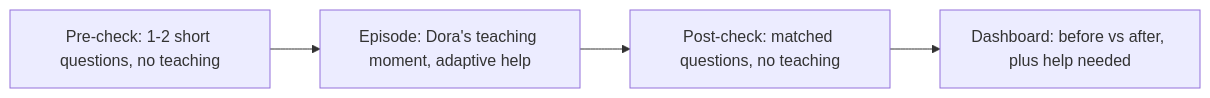
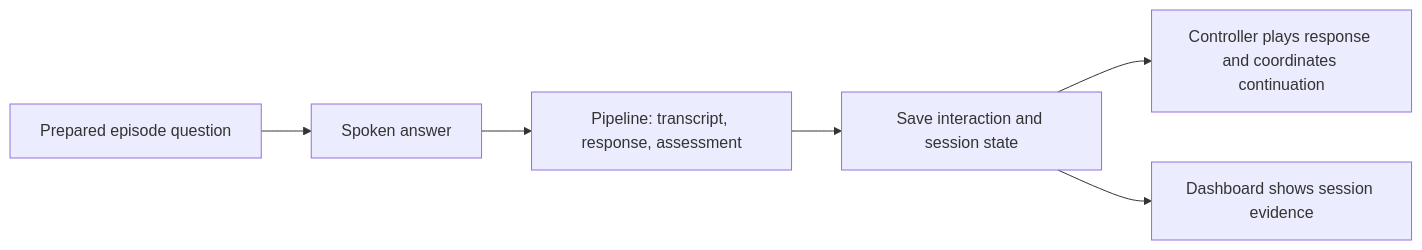
One commit to luljaj/HackPrincetonFall26 changed the diagram in learning-progress-plan.md. Above: the diagram before and after it, drawn with Mermaid. The commit also changed other lines of this file and 2 other files, not shown here.

````diff
--- a/learning-progress-plan.md
+++ b/learning-progress-plan.md
@@ -19,6 +21,8 @@
 ```mermaid
 flowchart LR
-  P[Pre-check: 1-2 short questions, no teaching] --> E[Episode: Dora's teaching moment, adaptive help]
-  E --> Q[Post-check: matched questions, no teaching]
-  Q --> D[Dashboard: before vs after, plus help needed]
+  E[Prepared episode question] --> A[Spoken answer]
+  A --> P[Pipeline: transcript, response, assessment]
+  P --> S[Save interaction and session state]
+  S --> C[Controller plays response and coordinates continuation]
+  S --> D[Dashboard shows session evidence]
 ```
````
